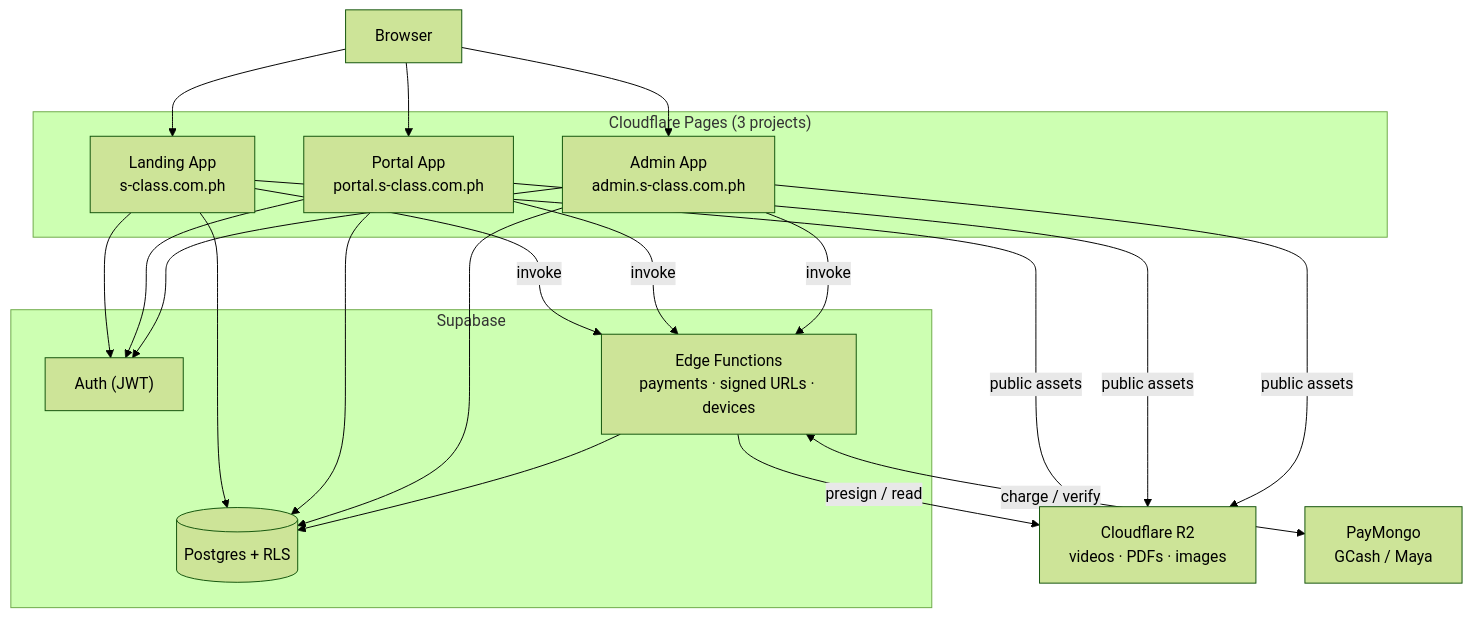
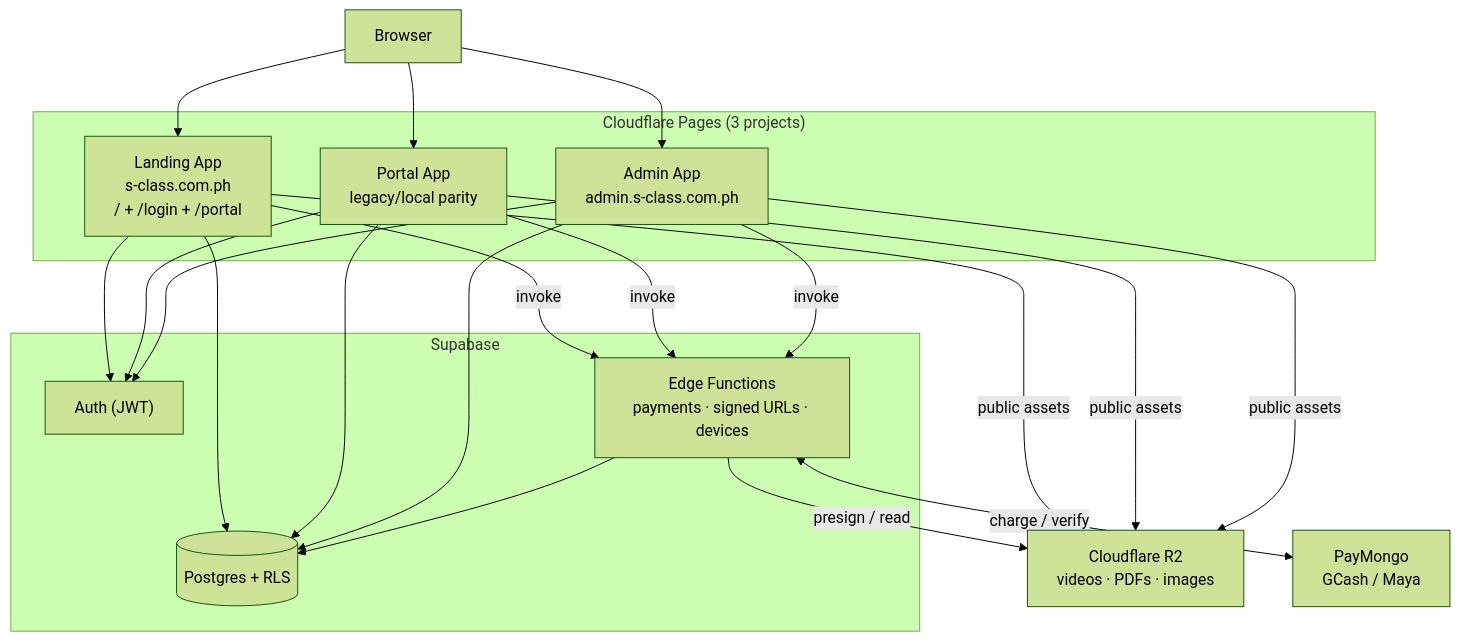
The diagram in README.md (johnryAtienza/elearning-review-platform), drawn with Mermaid (forest theme) before and after one commit. The commit also changed other lines of this file and 47 other files, not shown here.

````diff
--- a/README.md
+++ b/README.md
@@ -25,27 +27,27 @@
 ```mermaid
 flowchart TD
   Browser["Browser"]
 
   subgraph Pages["Cloudflare Pages (3 projects)"]
-    Landing["Landing App<br/>s-class.com.ph"]
-    Portal["Portal App<br/>portal.s-class.com.ph"]
+    Landing["Landing App<br/>s-class.com.ph<br/>/ + /login + /portal"]
+    Portal["Portal App<br/>legacy/local parity"]
     Admin["Admin App<br/>admin.s-class.com.ph"]
   end
 
   subgraph Supabase["Supabase"]
     Auth["Auth (JWT)"]
     DB[("Postgres + RLS")]
     Edge["Edge Functions<br/>payments · signed URLs · devices"]
   end
 
   R2["Cloudflare R2<br/>videos · PDFs · images"]
   PayMongo["PayMongo<br/>GCash / Maya"]
 
   Browser --> Landing & Portal & Admin
   Landing & Portal & Admin --> Auth & DB
   Landing & Portal & Admin -->|invoke| Edge
   Edge --> DB
   Edge -->|presign / read| R2
   Edge <-->|charge / verify| PayMongo
   Landing & Portal & Admin -->|public assets| R2
 ```
````
